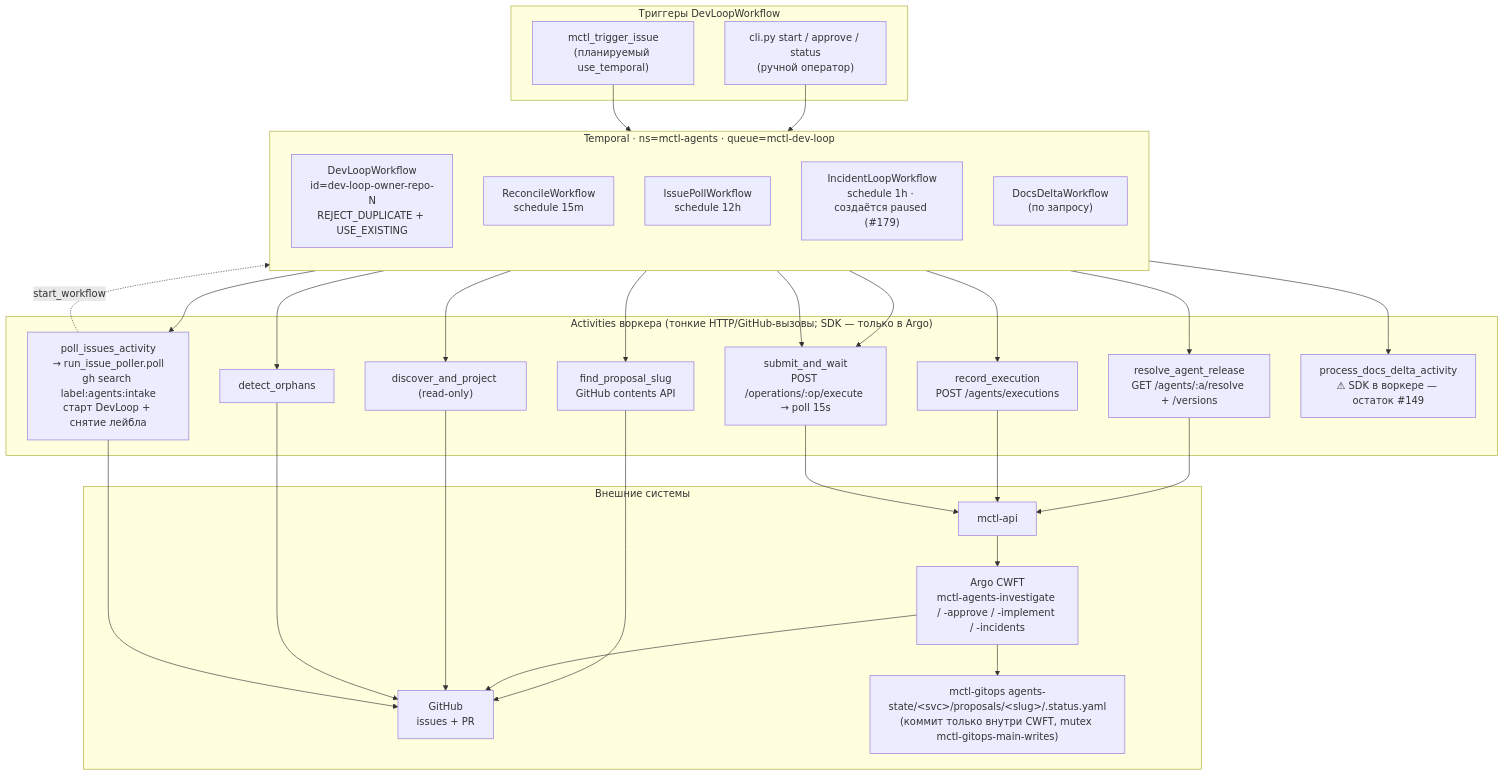
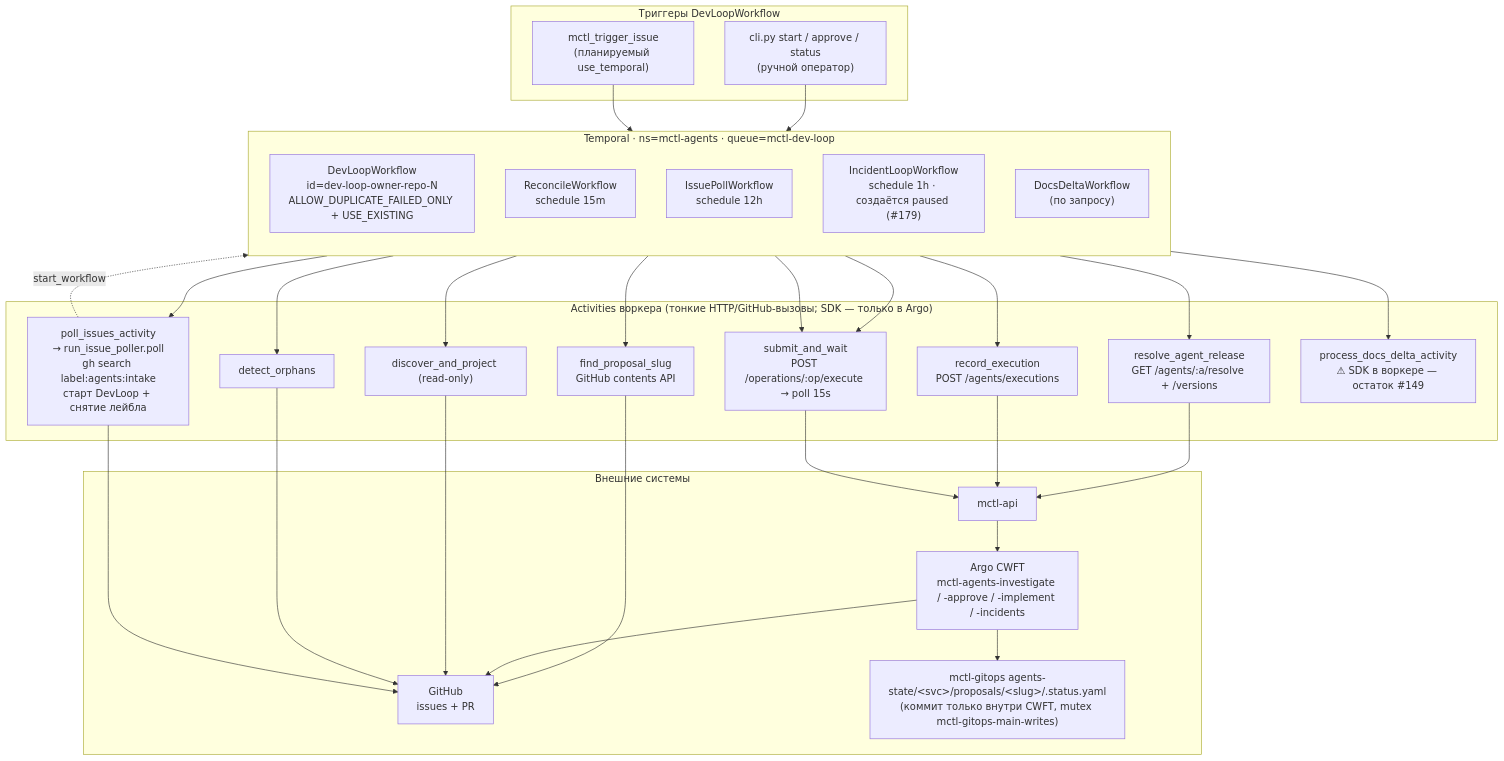
Before and after one commit to mctlhq/mctl-agents: the diagram in docs/diagrams/temporal-flow-overview.mmd, drawn with Mermaid. The commit also changed 6 other files, not shown here.

```diff
--- a/docs/diagrams/temporal-flow-overview.mmd
+++ b/docs/diagrams/temporal-flow-overview.mmd
@@ -1,56 +1,56 @@
 flowchart TB
     subgraph TRIG["Триггеры DevLoopWorkflow"]
         CLI["cli.py start / approve / status<br/>(ручной оператор)"]
         MCP["mctl_trigger_issue<br/>(планируемый use_temporal)"]
     end
 
     subgraph TMP["Temporal · ns=mctl-agents · queue=mctl-dev-loop"]
         direction TB
-        DEV["DevLoopWorkflow<br/>id=dev-loop-owner-repo-N<br/>REJECT_DUPLICATE + USE_EXISTING"]
+        DEV["DevLoopWorkflow<br/>id=dev-loop-owner-repo-N<br/>ALLOW_DUPLICATE_FAILED_ONLY + USE_EXISTING"]
         REC["ReconcileWorkflow<br/>schedule 15m"]
         ISS["IssuePollWorkflow<br/>schedule 12h"]
         INC["IncidentLoopWorkflow<br/>schedule 1h · создаётся paused (#179)"]
         DOC["DocsDeltaWorkflow<br/>(по запросу)"]
     end
 
     subgraph ACT["Activities воркера (тонкие HTTP/GitHub-вызовы; SDK — только в Argo)"]
         RES["resolve_agent_release<br/>GET /agents/:a/resolve + /versions"]
         SUB["submit_and_wait<br/>POST /operations/:op/execute → poll 15s"]
         RECD["record_execution<br/>POST /agents/executions"]
         FPS["find_proposal_slug<br/>GitHub contents API"]
         DISC["discover_and_project (read-only)"]
         ORPH["detect_orphans"]
         IPA["poll_issues_activity<br/>→ run_issue_poller.poll<br/>gh search label:agents:intake<br/>старт DevLoop + снятие лейбла"]
         DDA["process_docs_delta_activity<br/>⚠ SDK в воркере — остаток #149"]
     end
 
     subgraph EXT["Внешние системы"]
         API["mctl-api"]
         ARGO["Argo CWFT<br/>mctl-agents-investigate / -approve / -implement / -incidents"]
         GH["GitHub<br/>issues + PR"]
         GITOPS["mctl-gitops agents-state/&lt;svc&gt;/proposals/&lt;slug&gt;/.status.yaml<br/>(коммит только внутри CWFT, mutex mctl-gitops-main-writes)"]
     end
 
     CLI --> DEV
     MCP --> DEV
     ISS --> IPA
     IPA -. "start_workflow" .-> DEV
 
     DEV --> RES
     DEV --> SUB
     DEV --> RECD
     DEV --> FPS
     FPS --> GH
     REC --> DISC
     REC --> ORPH
     INC --> SUB
     DOC --> DDA
 
     RES --> API
     RECD --> API
     SUB --> API --> ARGO
     ARGO --> GITOPS
     ARGO --> GH
     DISC --> GH
     ORPH --> GH
     IPA --> GH
```
